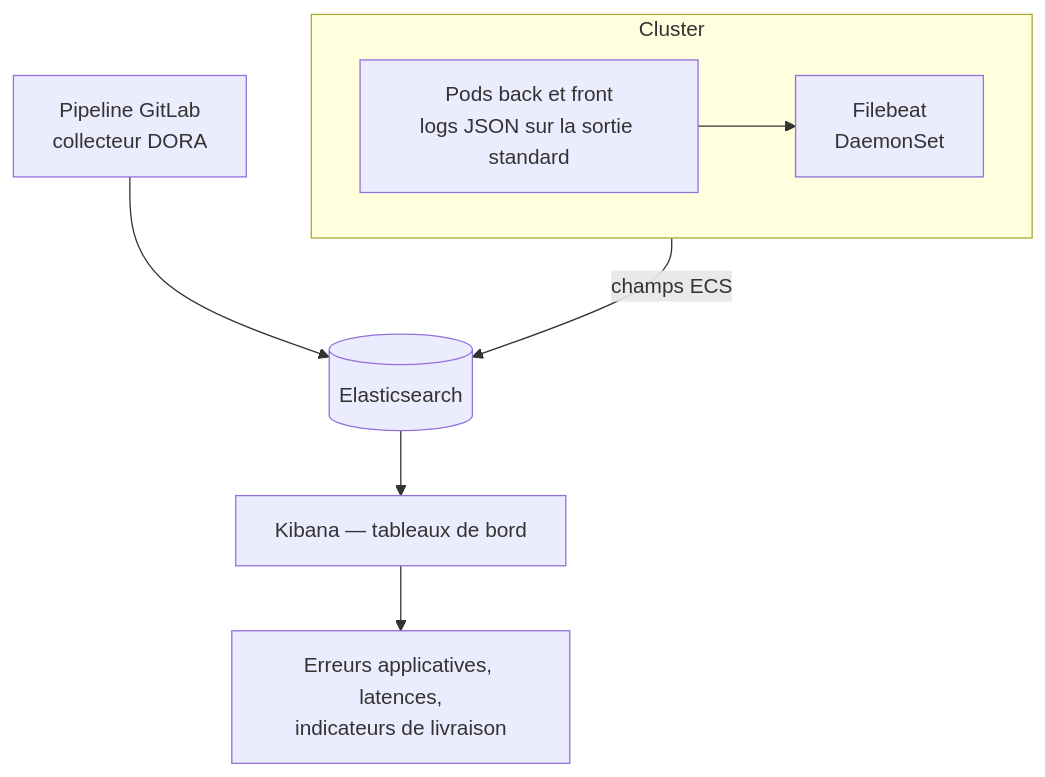
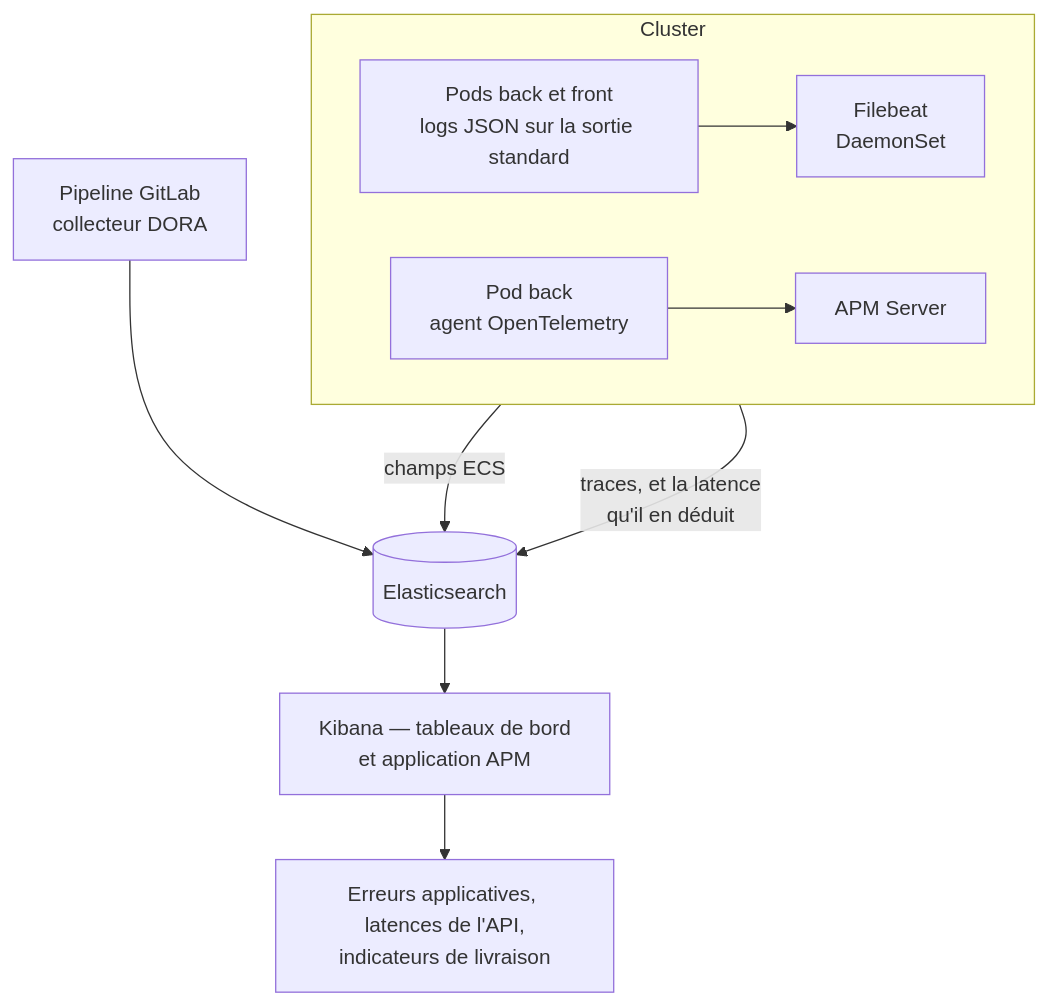
Before and after one commit to TedPasquiet/G-rez-le-cycle-de-vie-de-d-veloppement-logiciel: the eighth of 8 diagrams in docs/schema-architecture.md, drawn with Mermaid. The commit also changed other lines of this file and 33 other files, not shown here.

````diff
--- a/docs/schema-architecture.md
+++ b/docs/schema-architecture.md
@@ -400,12 +411,14 @@
 ```mermaid
 flowchart TB
     subgraph cluster["Cluster"]
         direction LR
         pods["Pods back et front<br/>logs JSON sur la sortie standard"] --> fb["Filebeat<br/>DaemonSet"]
+        back["Pod back<br/>agent OpenTelemetry"] --> apm["APM Server"]
     end
 
     fb -->|"champs ECS"| es[("Elasticsearch")]
+    apm -->|"traces, et la latence<br/>qu'il en déduit"| es
     gl["Pipeline GitLab<br/>collecteur DORA"] --> es
-    es --> kib["Kibana — tableaux de bord"]
-    kib --> lect["Erreurs applicatives, latences,<br/>indicateurs de livraison"]
+    es --> kib["Kibana — tableaux de bord<br/>et application APM"]
+    kib --> lect["Erreurs applicatives, latences de l'API,<br/>indicateurs de livraison"]
 ```
````
